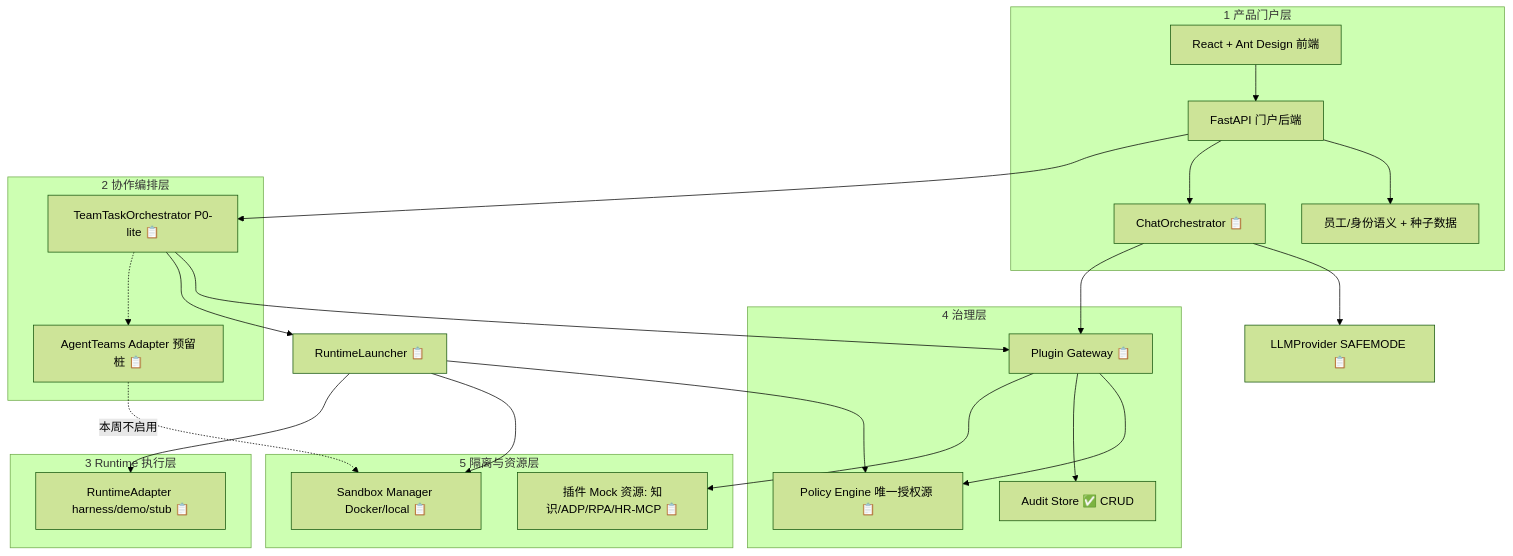
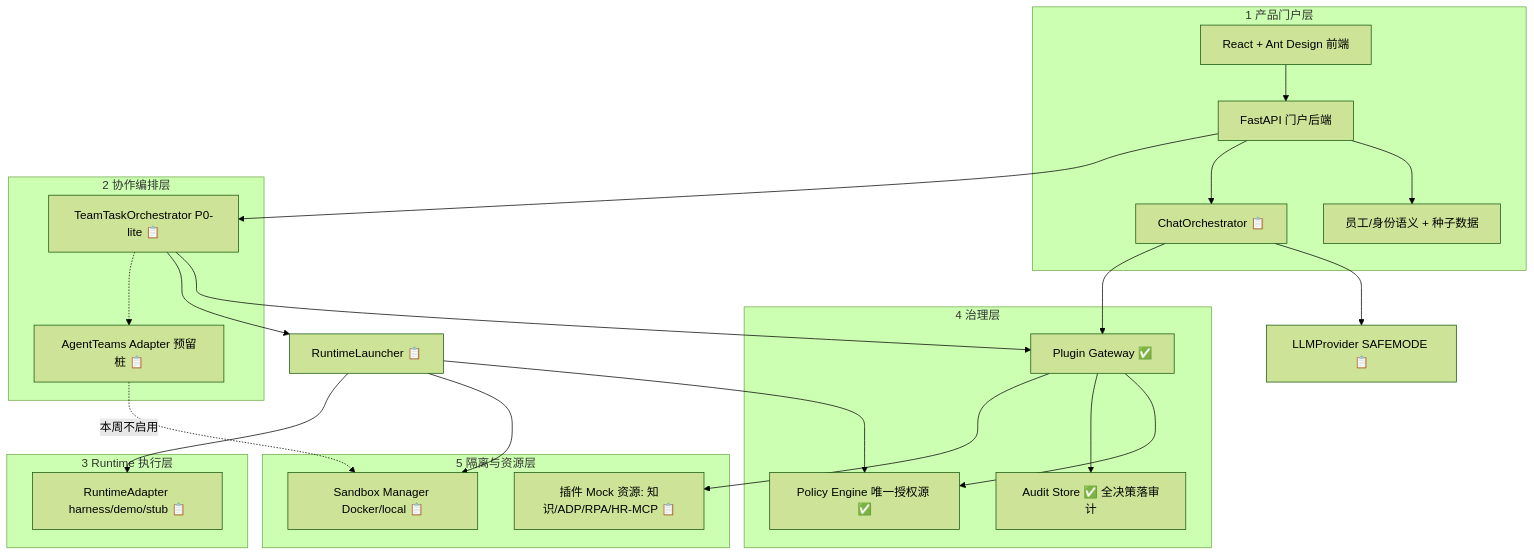
The diagram in docs/ARCHITECTURE.md (q974123622-bit/digital-workforce-platform), drawn with Mermaid (forest theme) before and after one commit. The commit also changed other lines of this file and 16 other files, not shown here.

Commit message:
Sprint 2: Core Control Plane（Identity + Policy Engine + Plugin Gateway + Mock Adapter + Audit）

````diff
--- a/docs/ARCHITECTURE.md
+++ b/docs/ARCHITECTURE.md
@@ -20,41 +20,41 @@
 ```mermaid
 flowchart TB
   subgraph L1[1 产品门户层]
     UI[React + Ant Design 前端]
     API[FastAPI 门户后端]
     CH[ChatOrchestrator 📋]
     SE[员工/身份语义 + 种子数据]
   end
   subgraph L2[2 协作编排层]
     TM[TeamTaskOrchestrator P0-lite 📋]
     AT[AgentTeams Adapter 预留桩 📋]
   end
   subgraph L3[3 Runtime 执行层]
     RA[RuntimeAdapter harness/demo/stub 📋]
   end
   subgraph L4[4 治理层]
-    PE[Policy Engine 唯一授权源 📋]
-    GW[Plugin Gateway 📋]
-    AU[Audit Store ✅ CRUD]
+    PE[Policy Engine 唯一授权源 ✅]
+    GW[Plugin Gateway ✅]
+    AU[Audit Store ✅ 全决策落审计]
   end
   subgraph L5[5 隔离与资源层]
     SB[Sandbox Manager Docker/local 📋]
     PL[插件 Mock 资源: 知识/ADP/RPA/HR-MCP 📋]
   end
   UI --> API
   API --> SE
   API --> CH
   API --> TM
   CH --> LLM[LLMProvider SAFEMODE 📋]
   CH --> GW
   TM --> GW
   TM --> RL[RuntimeLauncher 📋]
   RL --> PE
   GW --> PE
   GW --> AU
   GW --> PL
   RL --> SB
   RL --> RA
   TM -.-> AT
   AT -. 本周不启用 .-> SB
 ```
````
